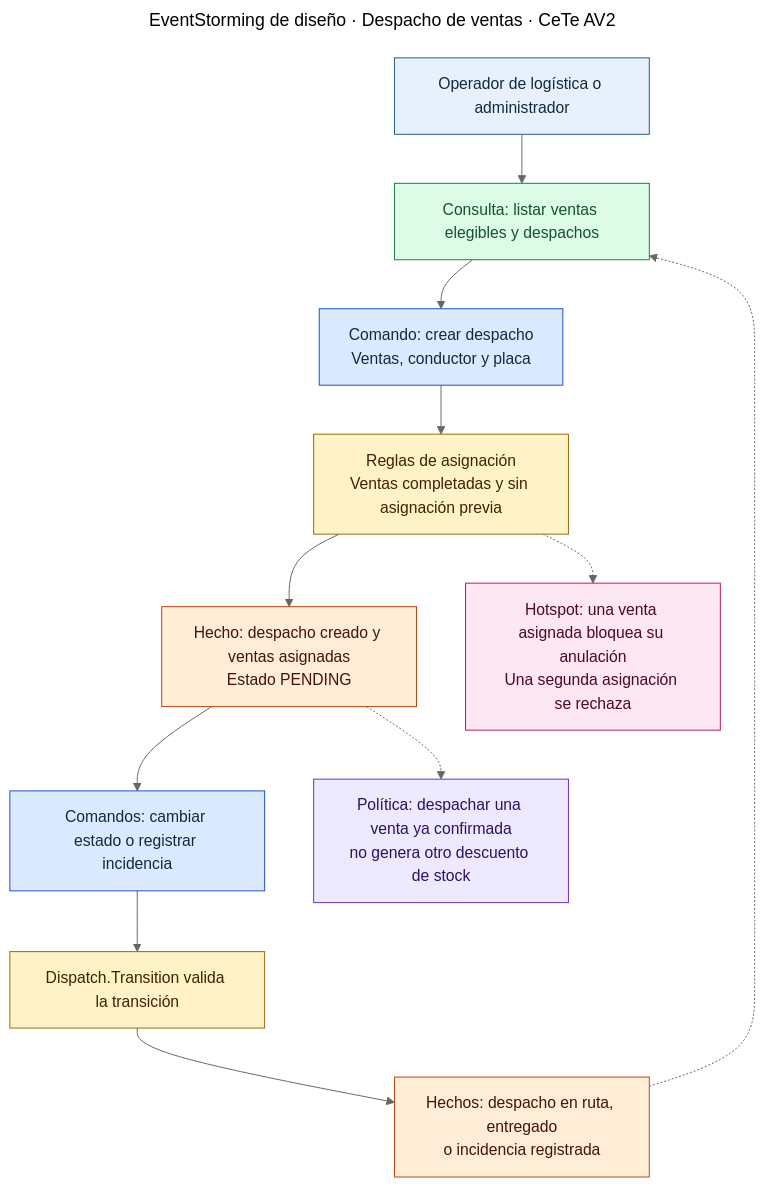
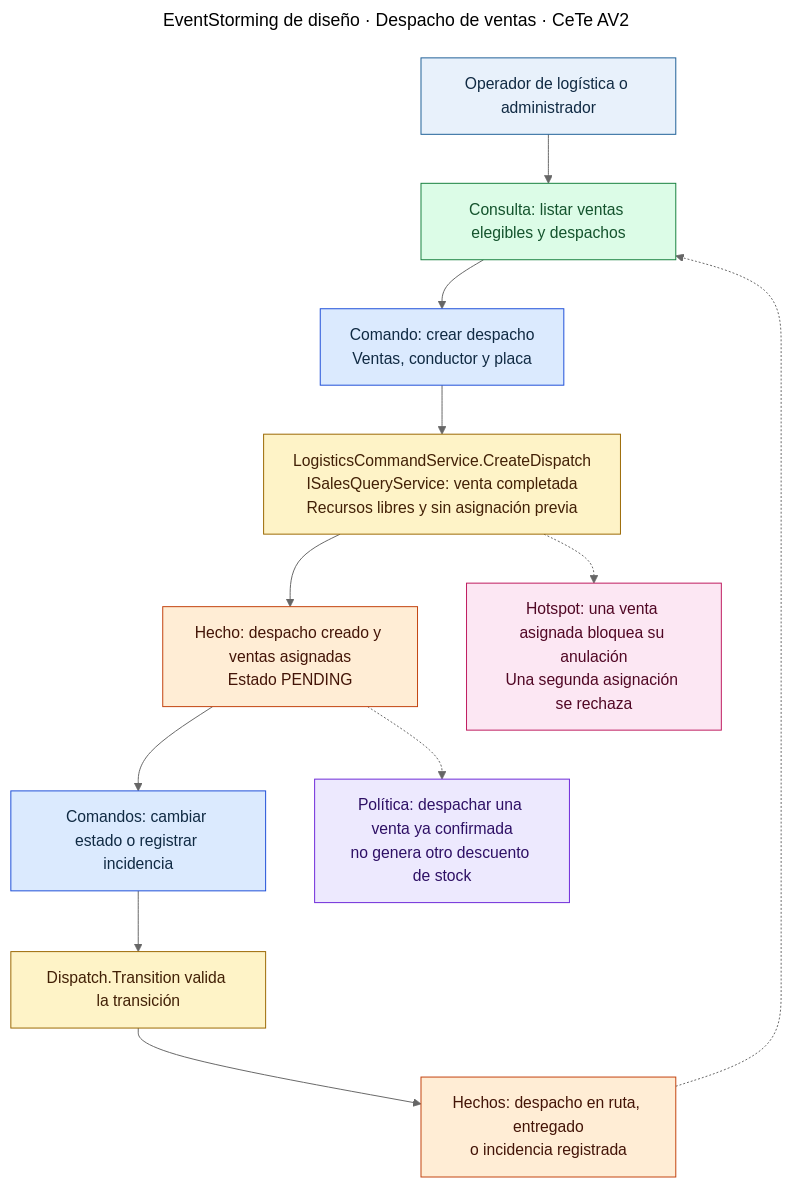
One commit to Nexxus-ops/Report-CeTe changed the diagram in diagrams/event-storming-dispatch.mmd. Above: the diagram before and after it, drawn with Mermaid (neutral theme). The commit also changed 34 other files, not shown here.

Commit message:
docs(architecture): align report with deployed DDD contexts

```diff
--- a/diagrams/event-storming-dispatch.mmd
+++ b/diagrams/event-storming-dispatch.mmd
@@ -1,26 +1,26 @@
 ---
 title: EventStorming de diseño · Despacho de ventas · CeTe AV2
 ---
 flowchart TB
   A["Operador de logística o administrador"]:::actor
   Q["Consulta: listar ventas elegibles y despachos"]:::query
   C["Comando: crear despacho<br/>Ventas, conductor y placa"]:::command
-  V["Reglas de asignación<br/>Ventas completadas y sin asignación previa"]:::aggregate
+  V["LogisticsCommandService.CreateDispatch<br/>ISalesQueryService: venta completada<br/>Recursos libres y sin asignación previa"]:::aggregate
   E["Hecho: despacho creado y ventas asignadas<br/>Estado PENDING"]:::event
   M["Comandos: cambiar estado o registrar incidencia"]:::command
   D["Dispatch.Transition valida la transición"]:::aggregate
   F["Hechos: despacho en ruta, entregado<br/>o incidencia registrada"]:::event
   X["Hotspot: una venta asignada bloquea su anulación<br/>Una segunda asignación se rechaza"]:::hotspot
   P["Política: despachar una venta ya confirmada<br/>no genera otro descuento de stock"]:::policy
   A --> Q --> C --> V --> E
   V -.-> X
   E --> M --> D --> F
   E -.-> P
   F -.-> Q
   classDef actor fill:#E8F1FB,stroke:#1D5F96,color:#102A43
   classDef command fill:#DBEAFE,stroke:#1D4ED8,color:#102A43
   classDef aggregate fill:#FEF3C7,stroke:#9A6700,color:#422006
   classDef event fill:#FFEDD5,stroke:#C2410C,color:#431407
   classDef query fill:#DCFCE7,stroke:#15803D,color:#14532D
   classDef policy fill:#EDE9FE,stroke:#6D28D9,color:#2E1065
   classDef hotspot fill:#FCE7F3,stroke:#BE185D,color:#500724
```
